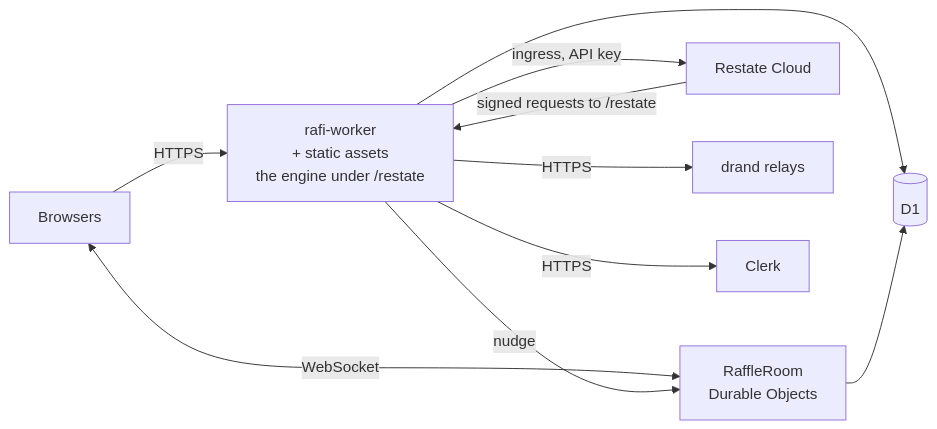
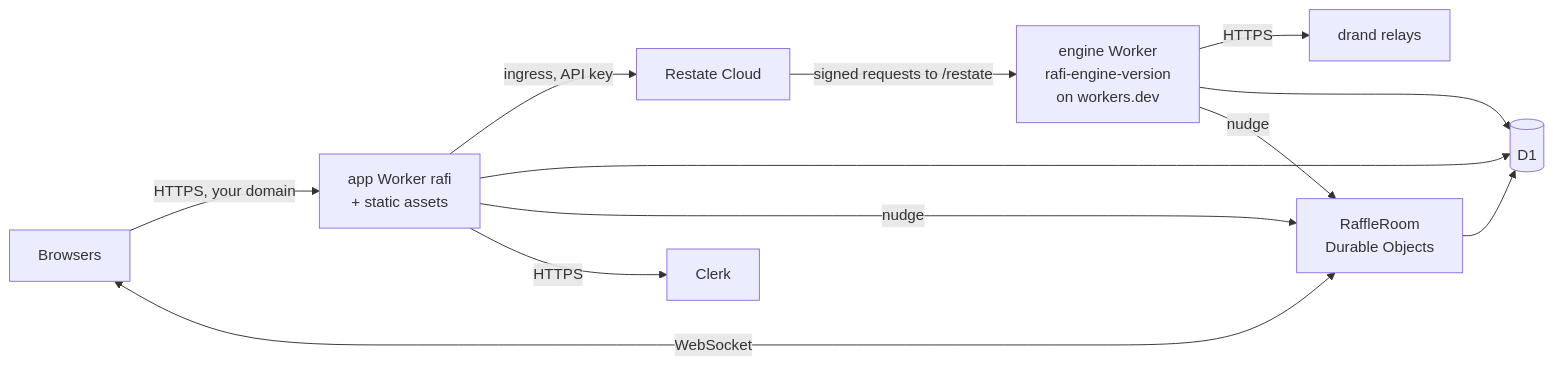
Before and after one commit to sagikazarmark/rafi.orig: the second of 2 diagrams in docs/operations/overview.md, drawn with Mermaid. The commit also changed other lines of this file and 18 other files, not shown here.

````diff
--- a/docs/operations/overview.md
+++ b/docs/operations/overview.md
@@ -43,12 +43,14 @@
 ```mermaid
 flowchart LR
-    users[Browsers] -->|HTTPS| app[rafi-worker<br/>+ static assets<br/>the engine under /restate]
+    users[Browsers] -->|HTTPS, your domain| app[app Worker rafi<br/>+ static assets]
     users <-->|WebSocket| room[RaffleRoom<br/>Durable Objects]
     app -->|ingress, API key| rc[Restate Cloud]
-    rc -->|signed requests to /restate| app
-    app -->|HTTPS| drand[drand relays]
+    rc -->|signed requests to /restate| engine[engine Worker<br/>rafi-engine-version<br/>on workers.dev]
+    engine -->|HTTPS| drand[drand relays]
     app --> d1[(D1)]
+    engine --> d1
     room --> d1
     app -->|nudge| room
+    engine -->|nudge| room
     app -->|HTTPS| clerk[Clerk]
 ```
````
